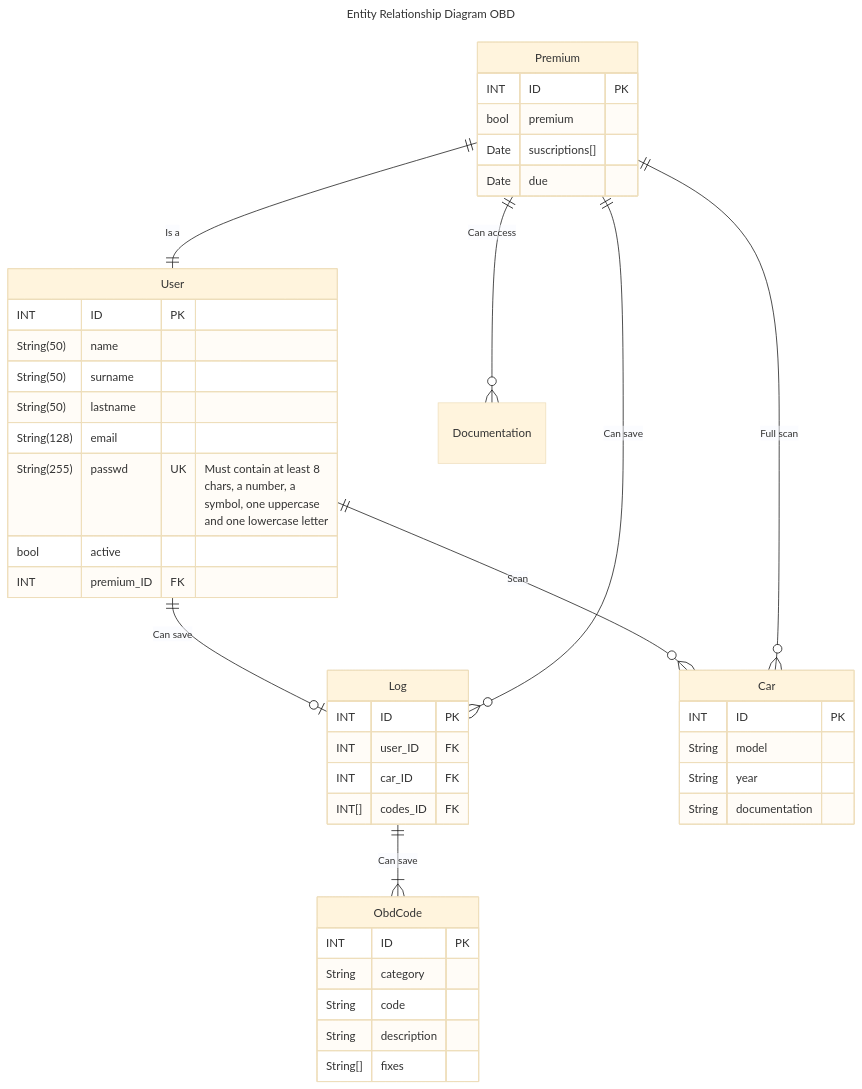
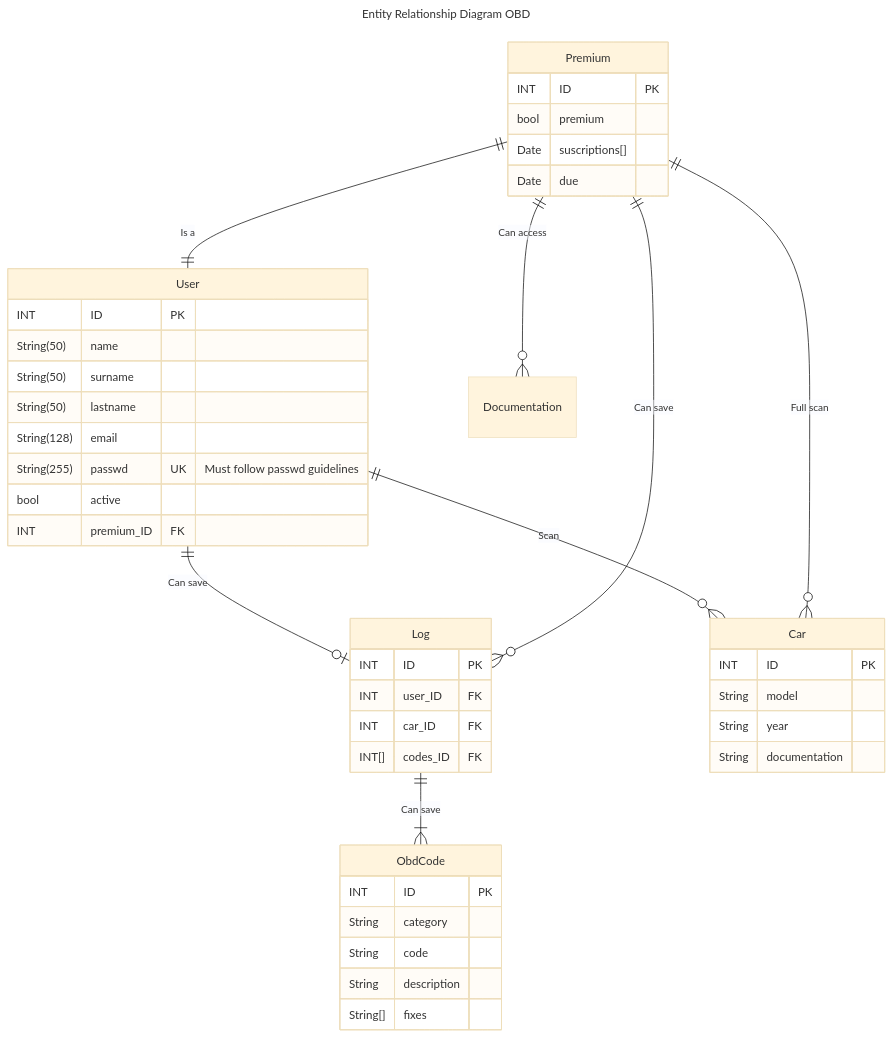
The diagram in docs/modeling/entidad-relacion/entidad_relacion.mmd (Jcee02/Laboratorio_Abierto_Dise-o_IL372), drawn with Mermaid (base theme) before and after one commit. The commit also changed 4 other files, not shown here.

```diff
--- a/docs/modeling/entidad-relacion/entidad_relacion.mmd
+++ b/docs/modeling/entidad-relacion/entidad_relacion.mmd
@@ -1,60 +1,57 @@
 ---
 title: Entity Relationship Diagram OBD
 ---
 erDiagram
 
   User {
     INT ID PK
     String(50) name
     String(50) surname
     String(50) lastname
     String(128) email
-    String(255) passwd UK "Must contain at least 8
-                          chars, a number, a
-                          symbol, one uppercase
-                          and one lowercase letter"
+    String(255) passwd UK "Must follow passwd guidelines"
     bool active
     INT premium_ID FK
   }
 
   Premium {
     INT ID PK
     bool premium
     Date suscriptions[]
     Date due
   }
 
   Log {
     INT ID PK
     INT user_ID FK
     INT car_ID FK
     INT[] codes_ID FK
   }
 
   Car {
     INT ID PK
     String model
     String year
     String documentation
   }
 
   ObdCode {
     INT ID PK
     String category
     String code
     String description
     String[] fixes
   }
 
   %% Usuario
   User ||--o{ Car : "Scan"
   User ||--o| Log : "Can save"
 
   %% Premium
   Premium ||--|| User : "Is a"
   Premium ||--o{ Log : "Can save"
   Premium ||--o{ Car : "Full scan"
   Premium ||--o{ Documentation : "Can access"
 
   %% Logs
   Log ||--|{ ObdCode : "Can save"
```
